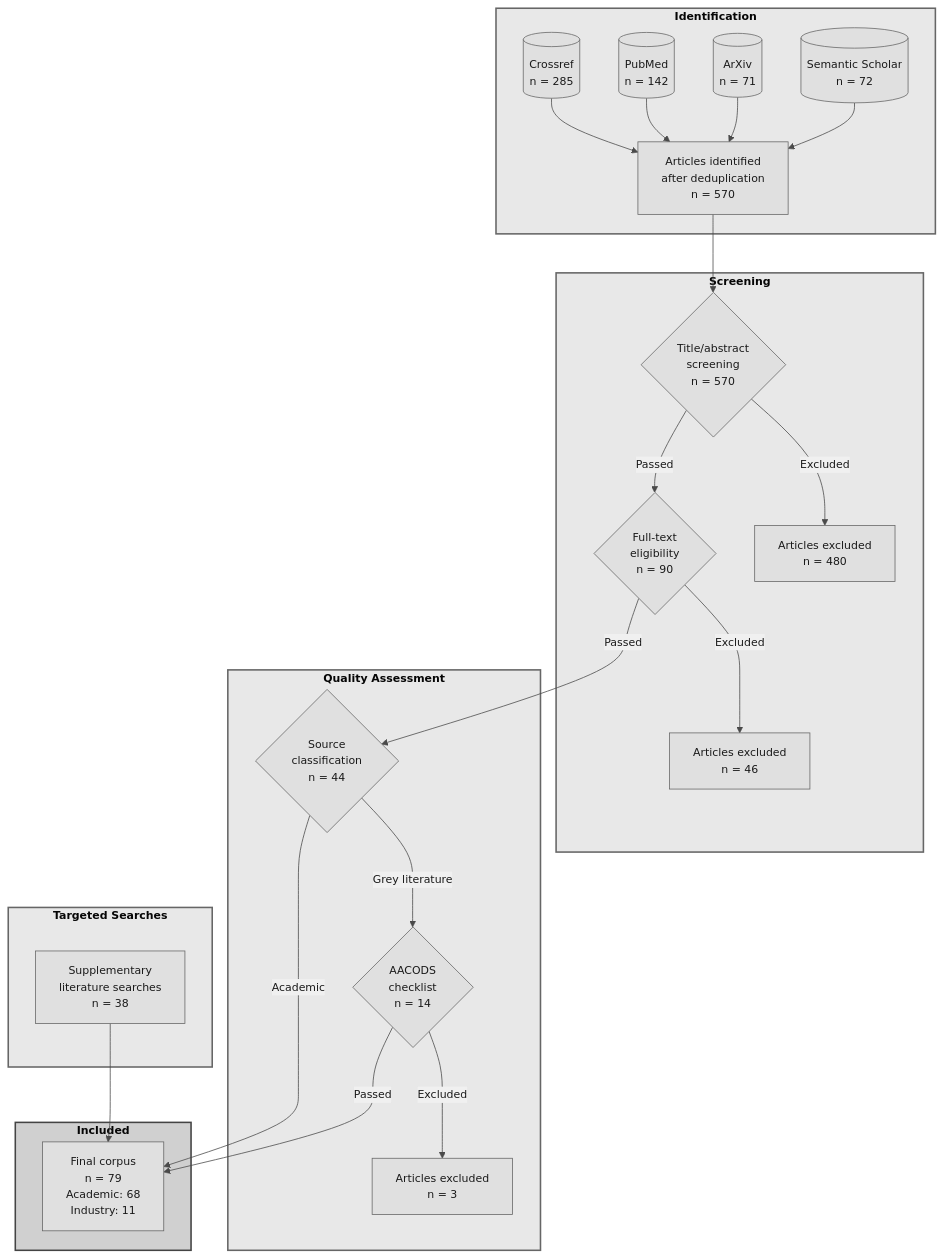
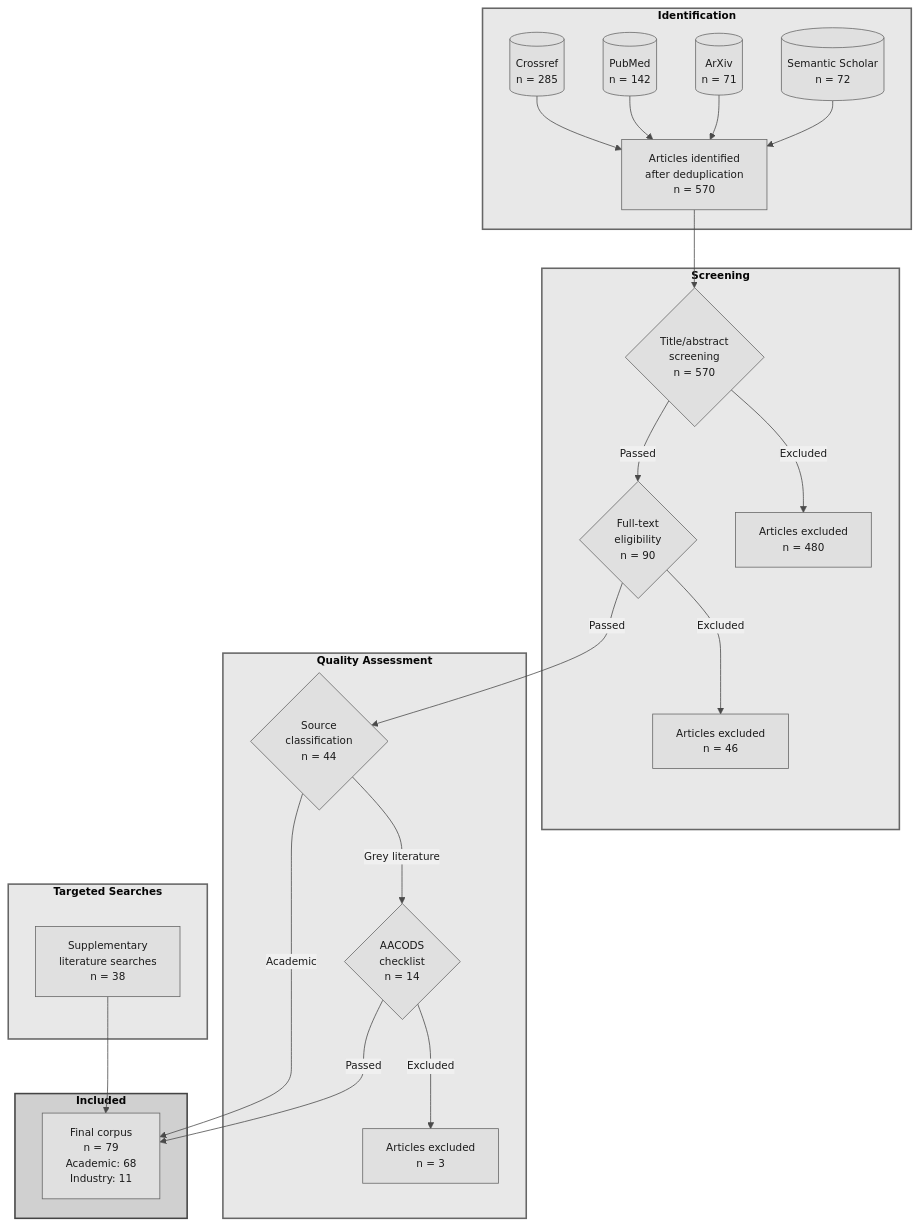
One commit to stharrold/yuimedi-paper-20250901 changed the diagram in figures/literature-flow.mmd. Above: the diagram before and after it, drawn with Mermaid. The commit also changed 7 other files, not shown here.

First line of the commit message:
style(figures): reduce diagram font size to 10pt

```diff
--- a/figures/literature-flow.mmd
+++ b/figures/literature-flow.mmd
@@ -1,44 +1,44 @@
-%%{init: {'theme': 'base', 'flowchart': {'useMaxWidth': false, 'markdownAutoWrap': false}, 'themeVariables': { 'primaryColor': '#e0e0e0', 'primaryTextColor': '#1a1a1a', 'primaryBorderColor': '#666', 'lineColor': '#4a4a4a', 'secondaryColor': '#f0f0f0', 'tertiaryColor': '#fafafa', 'fontFamily': 'Arial, sans-serif', 'fontSize': '14px'}}}%%
+%%{init: {'theme': 'base', 'flowchart': {'useMaxWidth': false, 'markdownAutoWrap': false}, 'themeVariables': { 'primaryColor': '#e0e0e0', 'primaryTextColor': '#1a1a1a', 'primaryBorderColor': '#666', 'lineColor': '#4a4a4a', 'secondaryColor': '#f0f0f0', 'tertiaryColor': '#fafafa', 'fontFamily': 'Arial, sans-serif', 'fontSize': '10pt'}}}%%
 flowchart TD
     %% PRISMA 2020 Flow Diagram for Literature Selection
     %% Aligned with lit_review academic-literature-review workflow
     %% Total: 570 identified + 38 targeted → 79 included
     %% Note: Generate PNG via mermaid.live for proper font rendering
 
     subgraph ID["<b>Identification</b>"]
         A1[("Crossref<br/>n = 285")] --> A
         A2[("PubMed<br/>n = 142")] --> A
         A3[("ArXiv<br/>n = 71")] --> A
         A4[("Semantic Scholar<br/>n = 72")] --> A
         A["Articles identified<br/>after deduplication<br/>n = 570"]
     end
 
     subgraph SC["<b>Screening</b>"]
         A --> D{"Title/abstract<br/>screening<br/>n = 570"}
         D -->|"Excluded"| E["Articles excluded<br/>n = 480"]
         D -->|"Passed"| H{"Full-text<br/>eligibility<br/>n = 90"}
         H -->|"Excluded"| I["Articles excluded<br/>n = 46"]
     end
 
     subgraph QA["<b>Quality Assessment</b>"]
         H -->|"Passed"| J{"Source<br/>classification<br/>n = 44"}
         J -->|"Grey literature"| L{"AACODS<br/>checklist<br/>n = 14"}
         L -->|"Excluded"| N["Articles excluded<br/>n = 3"]
     end
 
     subgraph TS["<b>Targeted Searches</b>"]
         T1["Supplementary<br/>literature searches<br/>n = 38"]
     end
 
     subgraph IN["<b>Included</b>"]
         J -->|"Academic"| O["Final corpus<br/>n = 79<br/>Academic: 68<br/>Industry: 11"]
         L -->|"Passed"| O
         T1 --> O
     end
 
     %% Styling - Grayscale
     style ID fill:#e8e8e8,stroke:#666,stroke-width:2px
     style SC fill:#e8e8e8,stroke:#666,stroke-width:2px
     style QA fill:#e8e8e8,stroke:#666,stroke-width:2px
     style TS fill:#e8e8e8,stroke:#666,stroke-width:2px
     style IN fill:#d0d0d0,stroke:#444,stroke-width:2px
```
